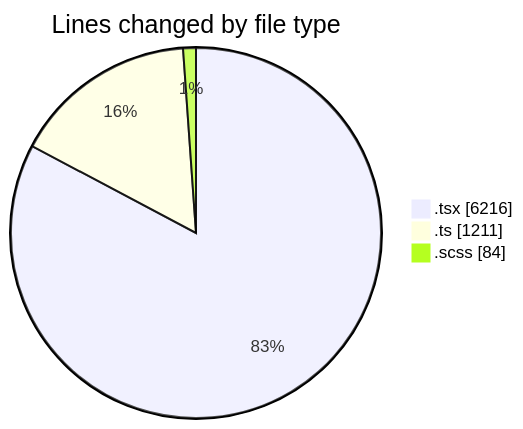
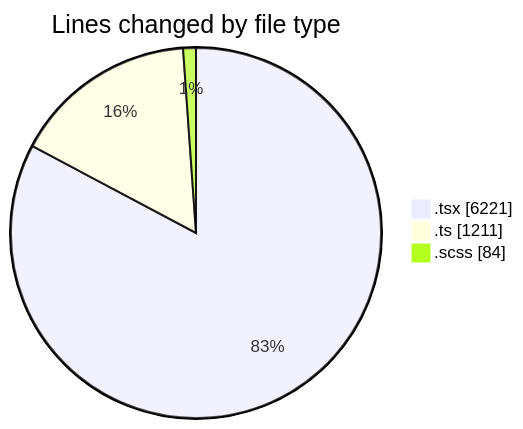
Before and after one commit to momahboobian/code-tracking: the first of 2 diagrams in 2025-07-02/cda/README.md, drawn with Mermaid. The commit also changed other lines of this file and 1 other file, not shown here.

````diff
--- a/2025-07-02/cda/README.md
+++ b/2025-07-02/cda/README.md
@@ -38,7 +38,7 @@
 ```mermaid
 pie showData
 title Lines changed by file type
-".tsx" : 6216
+".tsx" : 6221
 ".ts" : 1211
 ".scss" : 84
 ```
````
